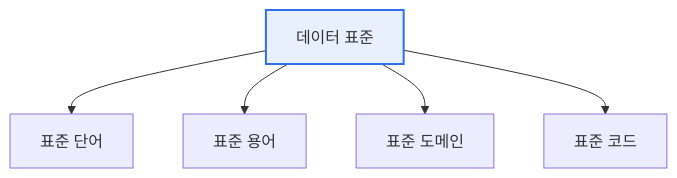
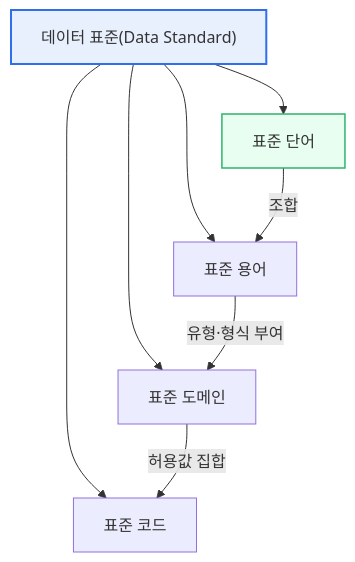
The first of 2 diagrams in content/data-standardization.md (coninggu/wjdqhrhksflrltnftk), drawn with Mermaid before and after one commit. The commit also changed other lines of this file and 3 other files, not shown here.

````diff
--- a/content/data-standardization.md
+++ b/content/data-standardization.md
@@ -15,8 +20,12 @@
 ```mermaid
 flowchart TB
-  S[데이터 표준] --> W[표준 단어]
+  S["데이터 표준(Data Standard)"] --> W[표준 단어]
   S --> T[표준 용어]
   S --> D[표준 도메인]
   S --> C[표준 코드]
+  W -->|조합| T
+  T -->|유형·형식 부여| D
+  D -->|허용값 집합| C
   style S fill:#e8f0fe,stroke:#2f6fed,stroke-width:2px
+  style W fill:#e8fef0,stroke:#2fb36f,stroke-width:1.5px
 ```
````
